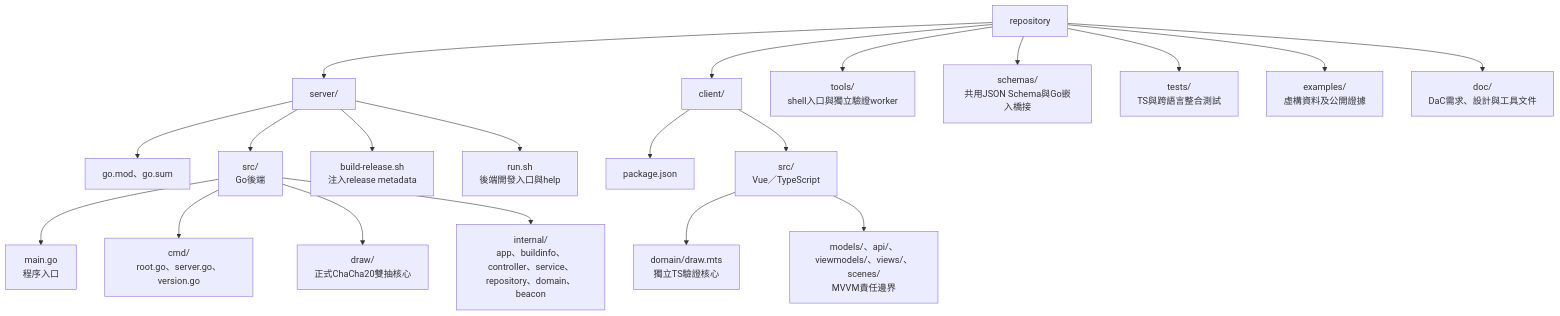
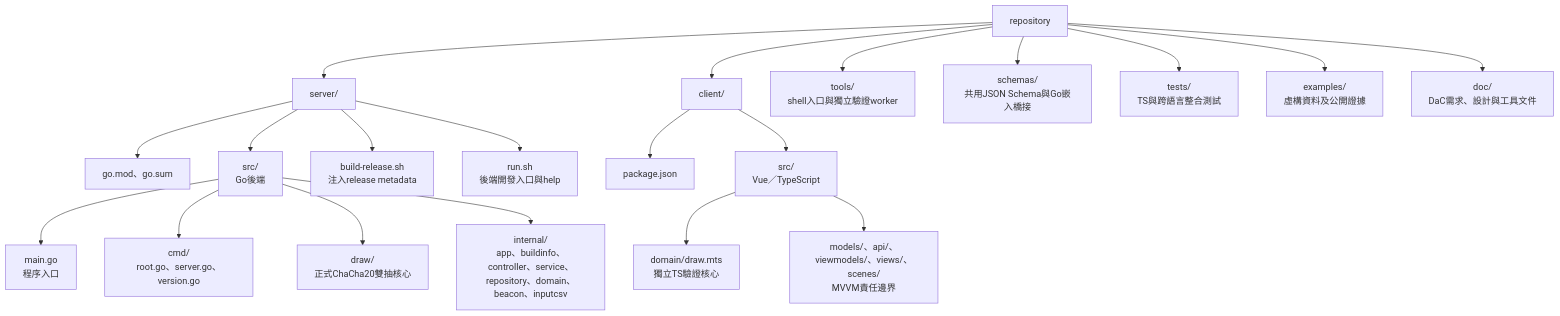
Before and after one commit to Minazuki/parking: the diagram in doc/architecture/repository-layout.md, drawn with Mermaid. The commit also changed 27 other files, not shown here.

````diff
--- a/doc/architecture/repository-layout.md
+++ b/doc/architecture/repository-layout.md
@@ -7,22 +7,22 @@
 ```mermaid
 flowchart TD
     root["repository"] --> server["server/"]
     server --> gomod["go.mod、go.sum"]
     server --> serverSrc["src/<br/>Go後端"]
     serverSrc --> main["main.go<br/>程序入口"]
     serverSrc --> cmd["cmd/<br/>root.go、server.go、version.go"]
     serverSrc --> draw["draw/<br/>正式ChaCha20雙抽核心"]
-    serverSrc --> internal["internal/<br/>app、buildinfo、controller、service、repository、domain、beacon"]
+    serverSrc --> internal["internal/<br/>app、buildinfo、controller、service、repository、domain、beacon、inputcsv"]
     server --> build["build-release.sh<br/>注入release metadata"]
     server --> run["run.sh<br/>後端開發入口與help"]
     root --> client["client/"]
     client --> clientPkg["package.json"]
     client --> clientSrc["src/<br/>Vue／TypeScript"]
     clientSrc --> domain["domain/draw.mts<br/>獨立TS驗證核心"]
     clientSrc --> mvvm["models/、api/、viewmodels/、views/、scenes/<br/>MVVM責任邊界"]
     root --> tools["tools/<br/>shell入口與獨立驗證worker"]
     root --> schemas["schemas/<br/>共用JSON Schema與Go嵌入橋接"]
     root --> tests["tests/<br/>TS與跨語言整合測試"]
     root --> examples["examples/<br/>虛構資料及公開證據"]
     root --> docs["doc/<br/>DaC需求、設計與工具文件"]
 ```
````
